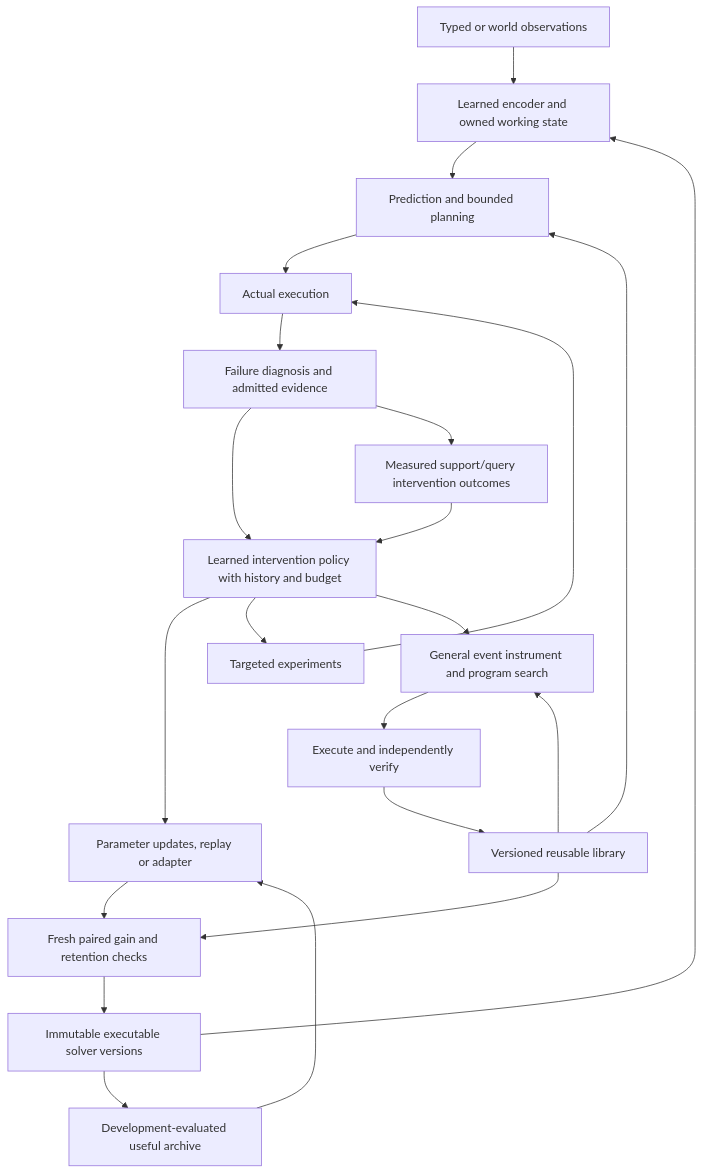
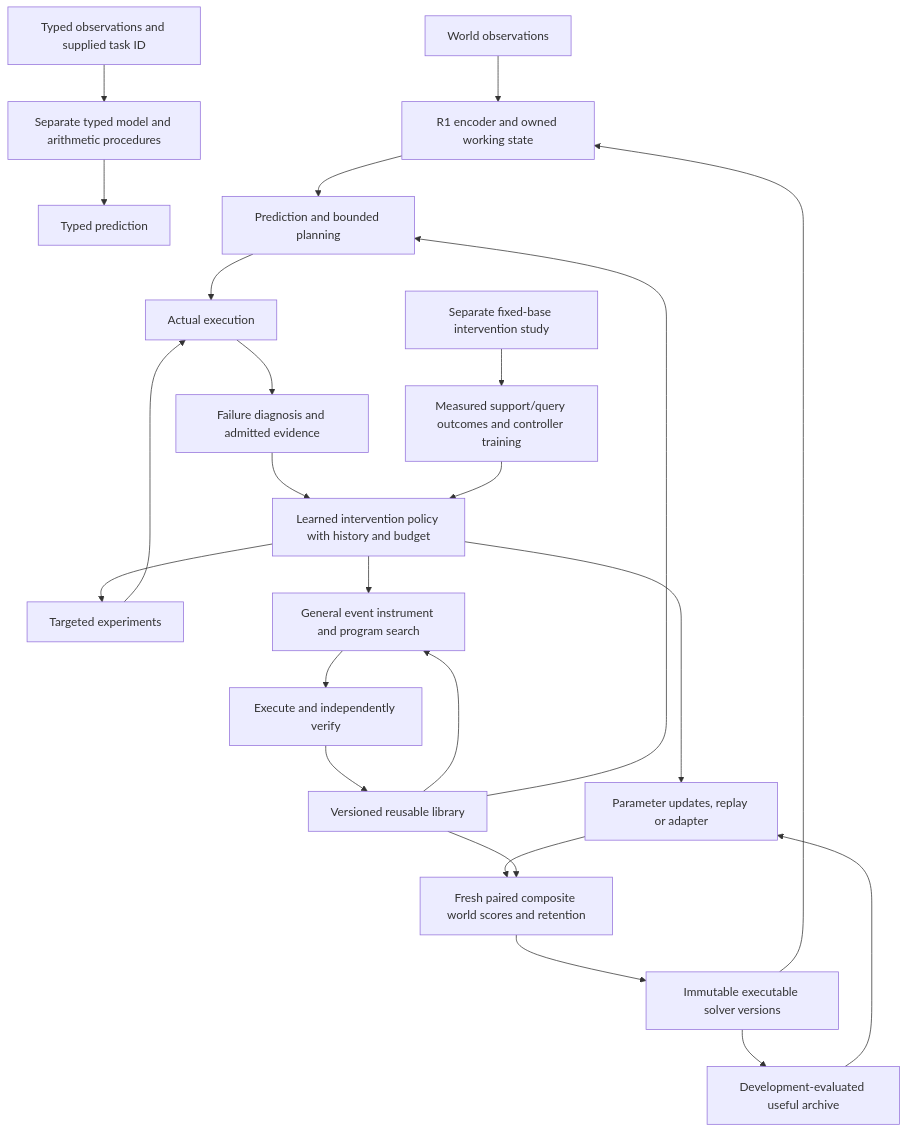
One commit to Arnav123-s/sera changed the diagram in research/architecture.md. Above: the diagram before and after it, drawn with Mermaid. The commit also changed other lines of this file and 11 other files, not shown here.

````diff
--- a/research/architecture.md
+++ b/research/architecture.md
@@ -7,24 +7,26 @@
 ```mermaid
 flowchart TD
-    O[Typed or world observations] --> E[Learned encoder and owned working state]
+    T[Typed observations and supplied task ID] --> TT[Separate typed model and arithmetic procedures]
+    TT --> TA[Typed prediction]
+    O[World observations] --> E[R1 encoder and owned working state]
     E --> P[Prediction and bounded planning]
     P --> X[Actual execution]
     X --> D[Failure diagnosis and admitted evidence]
     D --> C[Learned intervention policy with history and budget]
     C --> U[Parameter updates, replay or adapter]
     C --> A[Targeted experiments]
     A --> X
     C --> R[General event instrument and program search]
     R --> V[Execute and independently verify]
     V --> L[Versioned reusable library]
     L --> R
     L --> P
-    U --> G[Fresh paired gain and retention checks]
+    U --> G[Fresh paired composite world scores and retention]
     L --> G
     G --> S[Immutable executable solver versions]
     S --> E
     S --> H[Development-evaluated useful archive]
     H --> U
-    D --> M[Measured support/query intervention outcomes]
+    B[Separate fixed-base intervention study] --> M[Measured support/query outcomes and controller training]
     M --> C
 ```
````
